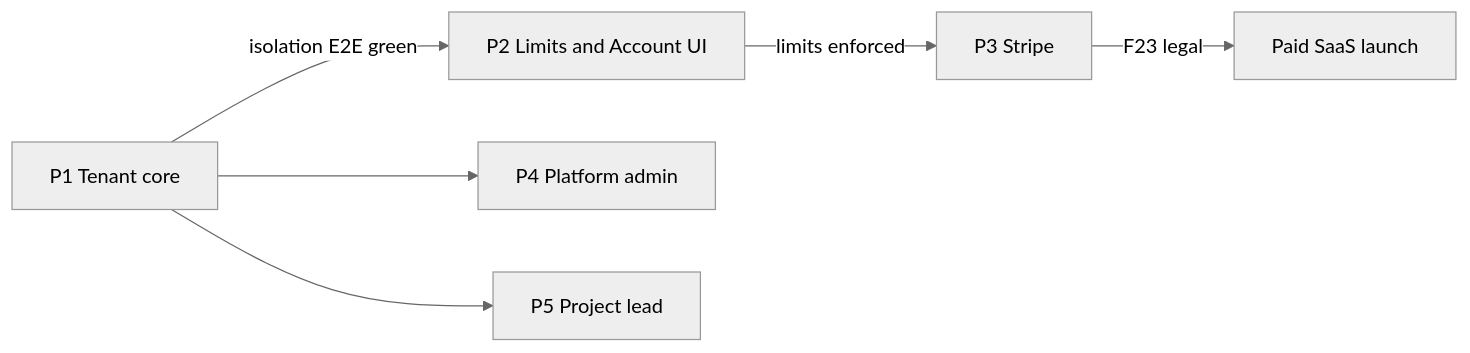
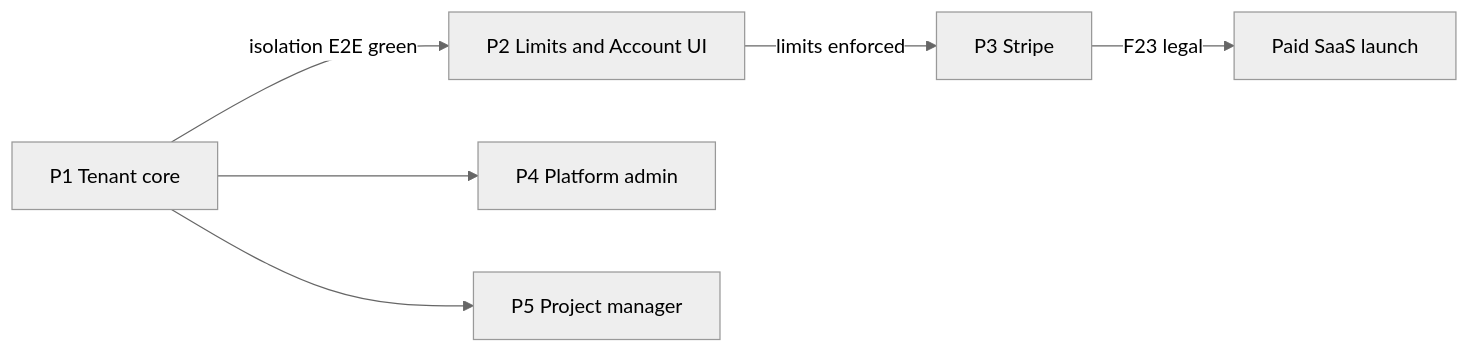
One commit to SCITAIGROUP1/ChronoMint changed the fourth of 7 diagrams in docs/architecture/SAAS_PLATFORM_PLAN.md. Above: the diagram before and after it, drawn with Mermaid (neutral theme). The commit also changed other lines of this file and 82 other files, not shown here.

Commit message:
refactor: rename Lead to Project Manager and fix TS/test issues

````diff
--- a/docs/architecture/SAAS_PLATFORM_PLAN.md
+++ b/docs/architecture/SAAS_PLATFORM_PLAN.md
@@ -297,8 +297,8 @@
 ```mermaid
 flowchart LR
   P1[P1 Tenant core] -->|isolation E2E green| P2[P2 Limits and Account UI]
   P2 -->|limits enforced| P3[P3 Stripe]
   P3 -->|F23 legal| Paid[Paid SaaS launch]
   P1 --> P4[P4 Platform admin]
-  P1 --> P5[P5 Project lead]
+  P1 --> P5[P5 Project manager]
 ```
````
